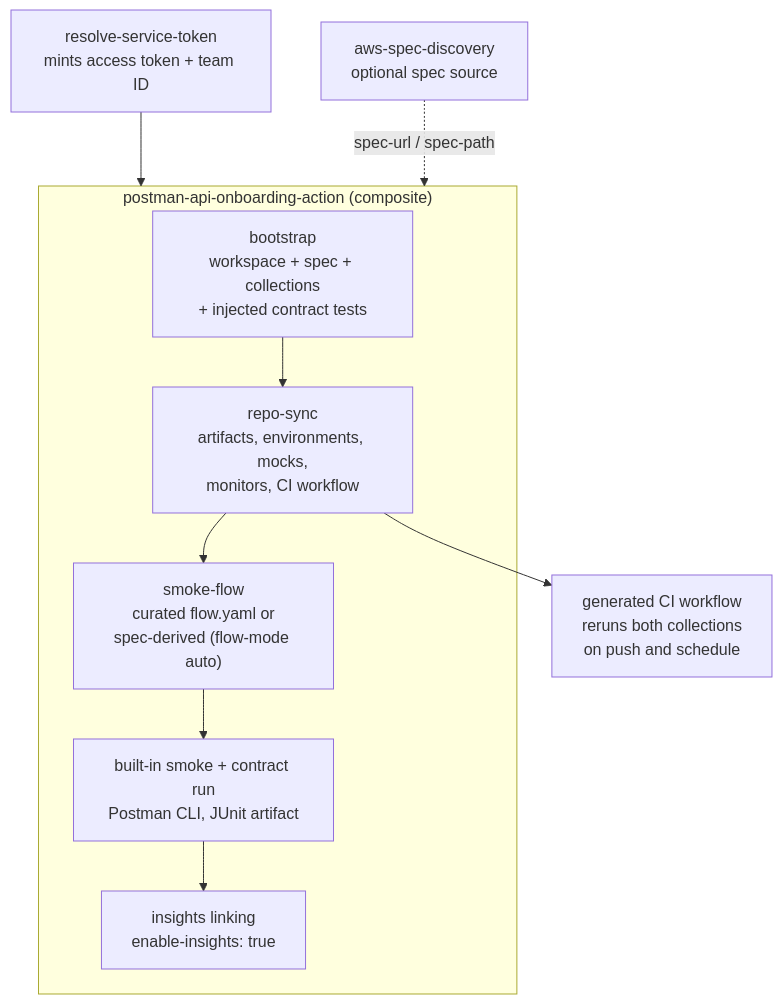
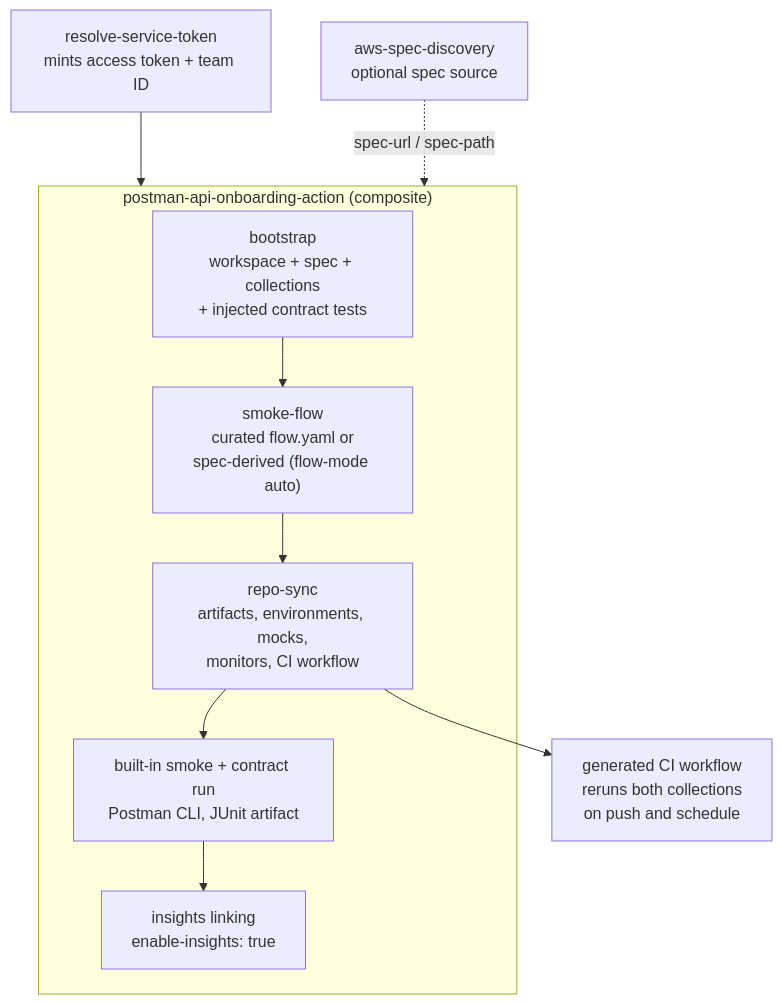
One commit to postman-cs/postman-api-onboarding-action changed the diagram in README.md. Above: the diagram before and after it, drawn with Mermaid. The commit also changed other lines of this file and 6 other files, not shown here.

````diff
--- a/README.md
+++ b/README.md
@@ -380,12 +409,12 @@
 ```mermaid
 flowchart TB
     TOKEN["resolve-service-token<br/>mints access token + team ID"] --> COMP
     AWS["aws-spec-discovery<br/>optional spec source"] -.->|"spec-url / spec-path"| COMP
     subgraph COMP["postman-api-onboarding-action (composite)"]
-        B["bootstrap<br/>workspace + spec + collections<br/>+ injected contract tests"] --> RS["repo-sync<br/>artifacts, environments, mocks,<br/>monitors, CI workflow"]
-        RS --> SF["smoke-flow<br/>curated flow.yaml or<br/>spec-derived (flow-mode auto)"]
-        SF --> T["built-in smoke + contract run<br/>Postman CLI, JUnit artifact"]
+        B["bootstrap<br/>workspace + spec + collections<br/>+ injected contract tests"] --> SF["smoke-flow<br/>curated flow.yaml or<br/>spec-derived (flow-mode auto)"]
+        SF --> RS["repo-sync<br/>artifacts, environments, mocks,<br/>monitors, CI workflow"]
+        RS --> T["built-in smoke + contract run<br/>Postman CLI, JUnit artifact"]
         T --> INS["insights linking<br/>enable-insights: true"]
     end
     RS --> CI["generated CI workflow<br/>reruns both collections<br/>on push and schedule"]
 ```
````
